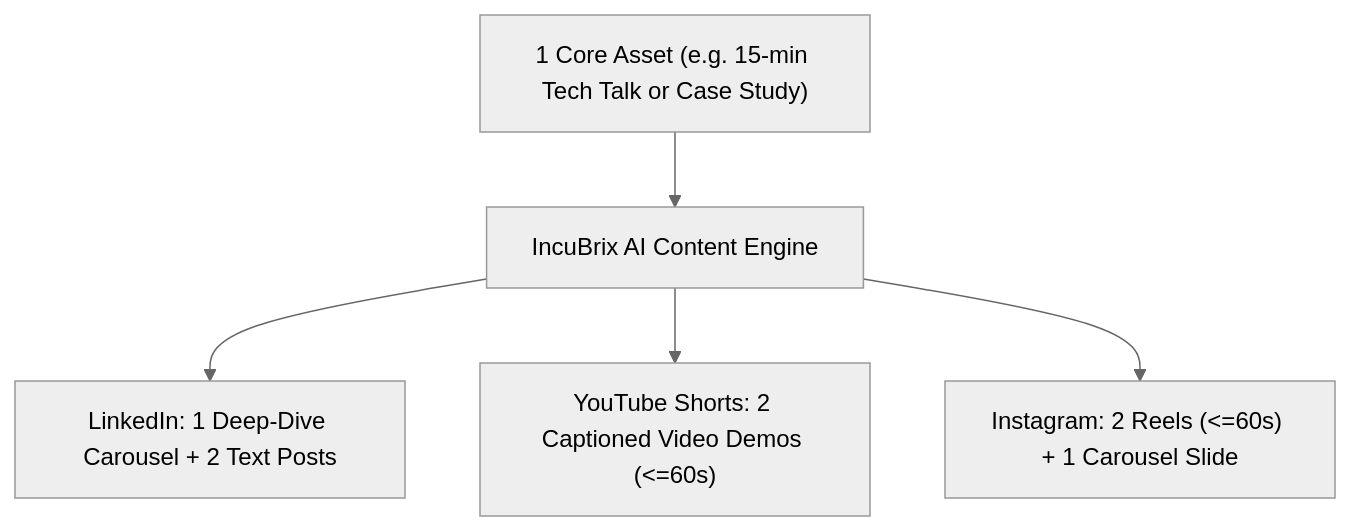
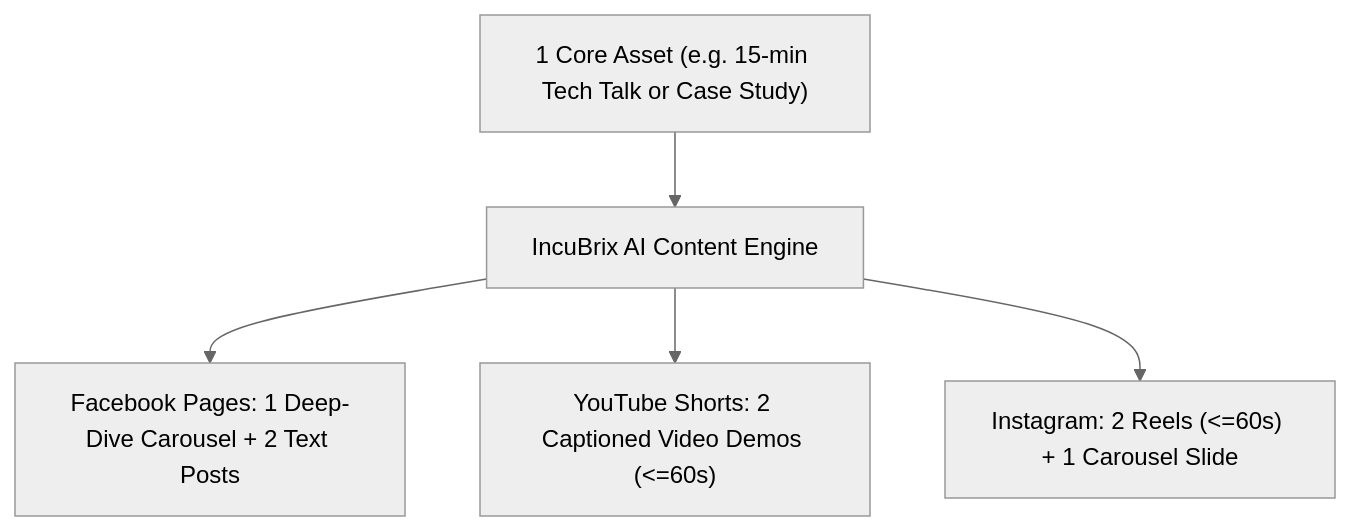
Before and after one commit to NanthaKumar-cloud/Growth: the first of 2 diagrams in docs/03_growth_strategy.md, drawn with Mermaid (neutral theme). The commit also changed other lines of this file and 38 other files, not shown here.

Commit message:
feat(platforms): restrict engine strictly to YouTube Shorts, Facebook Pages, and Instagram

````diff
--- a/docs/03_growth_strategy.md
+++ b/docs/03_growth_strategy.md
@@ -82,8 +82,8 @@
 ```mermaid
 flowchart TD
     Raw["1 Core Asset (e.g. 15-min Tech Talk or Case Study)"] --> Engine["IncuBrix AI Content Engine"]
     
-    Engine --> P1["LinkedIn: 1 Deep-Dive Carousel + 2 Text Posts"]
+    Engine --> P1["Facebook Pages: 1 Deep-Dive Carousel + 2 Text Posts"]
     Engine --> P2["YouTube Shorts: 2 Captioned Video Demos (<=60s)"]
     Engine --> P3["Instagram: 2 Reels (<=60s) + 1 Carousel Slide"]
 ```
````
